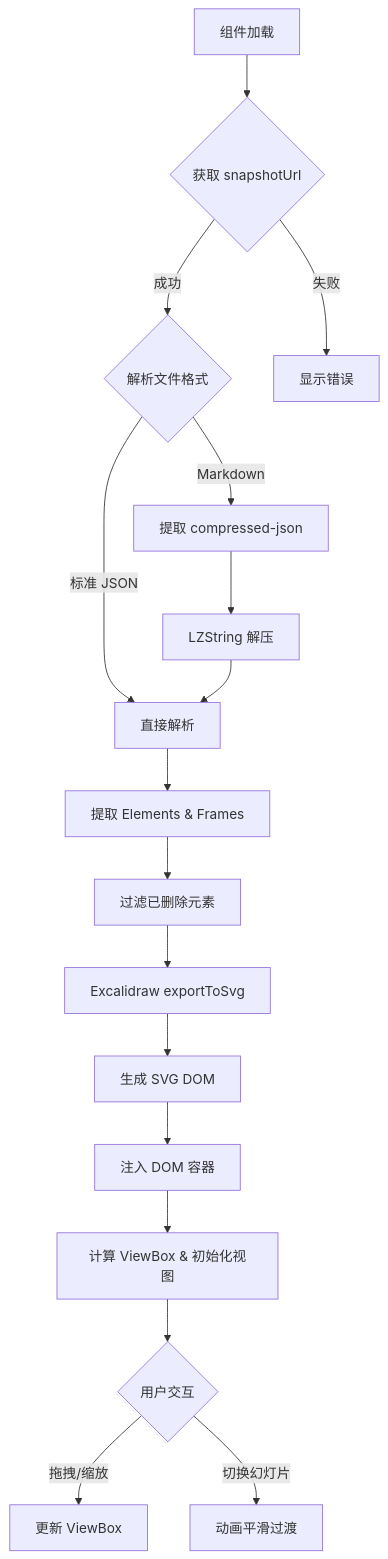
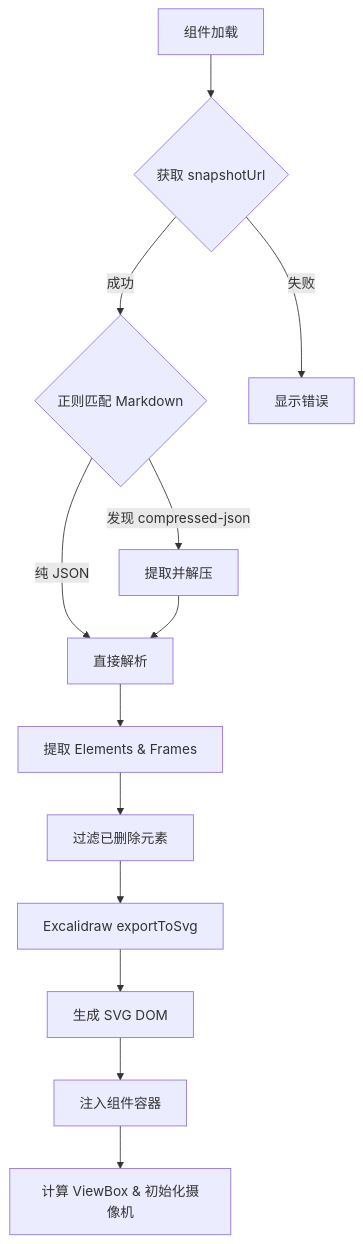
Before and after one commit to CatCodeMe/catcodeme.github.io: the diagram in src/content/blog/test/excalidraw_only.mdx, drawn with Mermaid. The commit also changed other lines of this file and 3 other files, not shown here.

````diff
--- a/src/content/blog/test/excalidraw_only.mdx
+++ b/src/content/blog/test/excalidraw_only.mdx
@@ -25,23 +25,19 @@
 ```mermaid
 graph TD
     A[组件加载] --> B{获取 snapshotUrl};
-    B -->|成功| C{解析文件格式};
+    B -->|成功| C{正则匹配 Markdown};
     B -->|失败| Z[显示错误];
     
-    C -->|标准 JSON| D[直接解析];
-    C -->|Markdown| E[提取 compressed-json];
-    E --> F[LZString 解压];
-    F --> D;
+    C -->|发现 compressed-json| D[提取并解压];
+    C -->|纯 JSON| E[直接解析];
     
-    D --> G[提取 Elements & Frames];
+    D --> E;
+    
+    E --> G[提取 Elements & Frames];
     G --> H[过滤已删除元素];
     H --> I[Excalidraw exportToSvg];
     
     I --> J[生成 SVG DOM];
-    J --> K[注入 DOM 容器];
-    K --> L[计算 ViewBox & 初始化视图];
-    
-    L --> M{用户交互};
-    M -->|拖拽/缩放| N[更新 ViewBox];
-    M -->|切换幻灯片| O[动画平滑过渡];
+    J --> K[注入组件容器];
+    K --> L[计算 ViewBox & 初始化摄像机];
 ```
````
